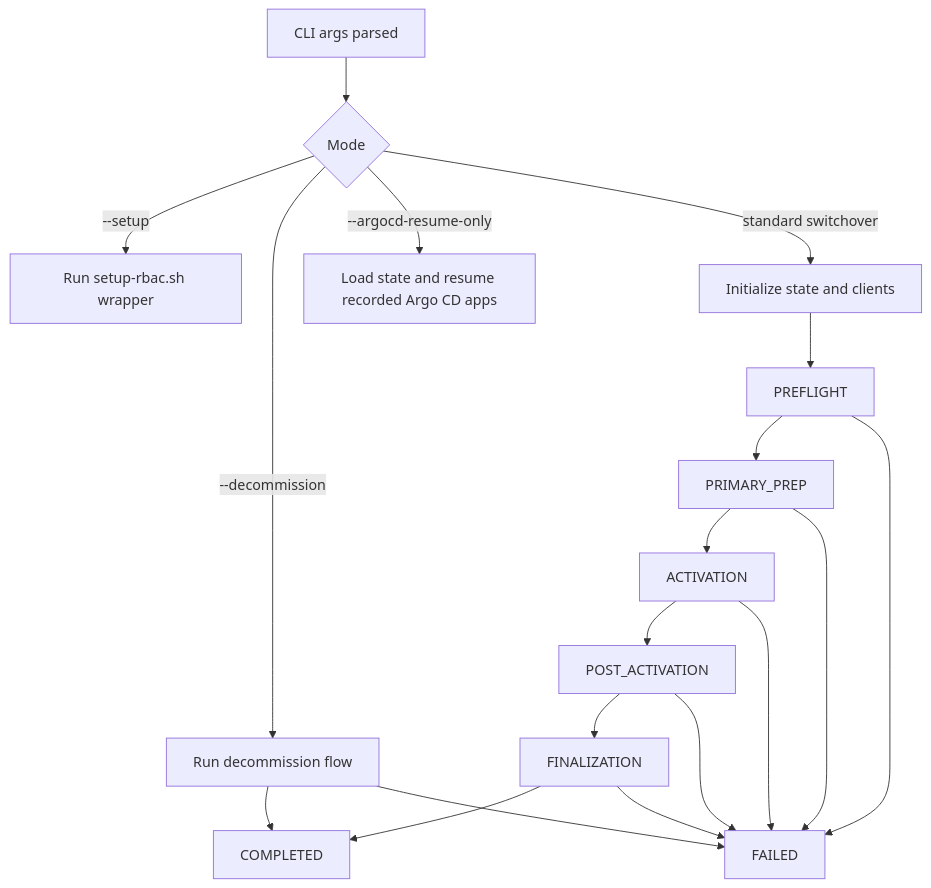
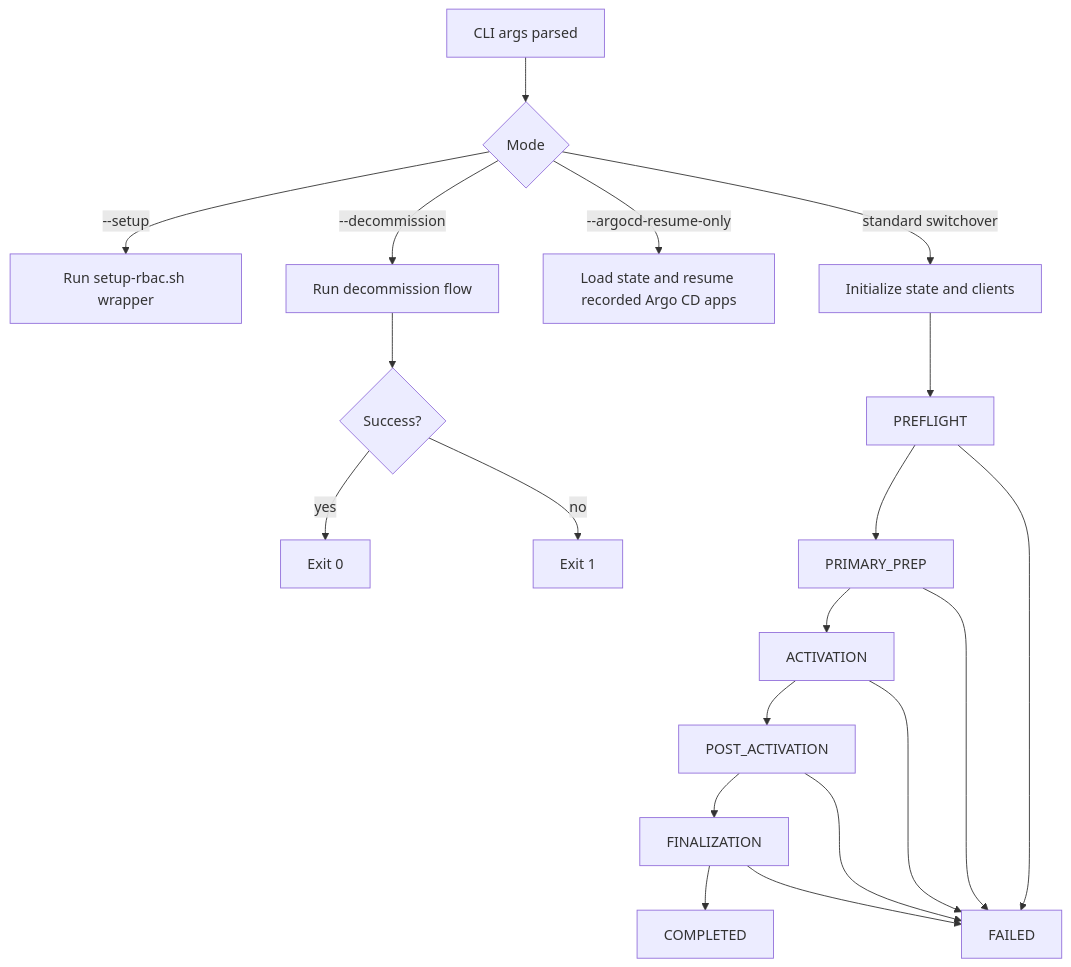
The first of 2 diagrams in docs/development/architecture.md (tomazb/rh-acm-switchover), drawn with Mermaid before and after one commit. The commit also changed other lines of this file and 1 other file, not shown here.

Commit message:
fix(docs): correct Mermaid diagrams to match actual code behavior
- architecture.md: decommission branch now shows exit codes instead of
  Phase.COMPLETED/FAILED (decommission doesn't set state phases)
- architecture.md: split ArgoCD detection into CRD detection (inside
  preflight) and app impact report (after preflight) in sequence diagram
- scripts/README.md: add format validation and cluster rename step to
  merged kubeconfig generator flow
- scripts/README.md: reflect all three skip conditions (dry-run,
  skip-validation, skip-kubeconfig) in RBAC bootstrap flow

````diff
--- a/docs/development/architecture.md
+++ b/docs/development/architecture.md
@@ -74,21 +74,22 @@
 ```mermaid
 flowchart TD
     A[CLI args parsed] --> B{Mode}
     B -->|--setup| C[Run setup-rbac.sh wrapper]
     B -->|--decommission| D[Run decommission flow]
     B -->|--argocd-resume-only| E[Load state and resume recorded Argo CD apps]
     B -->|standard switchover| F[Initialize state and clients]
-    D --> K[COMPLETED]
-    D --> L[FAILED]
+    D --> D1{Success?}
+    D1 -->|yes| D2[Exit 0]
+    D1 -->|no| D3[Exit 1]
     F --> G[PREFLIGHT]
     G --> H[PRIMARY_PREP]
     H --> I[ACTIVATION]
     I --> J[POST_ACTIVATION]
     J --> M[FINALIZATION]
     M --> K[COMPLETED]
-    G --> L
+    G --> L[FAILED]
     H --> L
     I --> L
     J --> L
     M --> L
 ```
````
